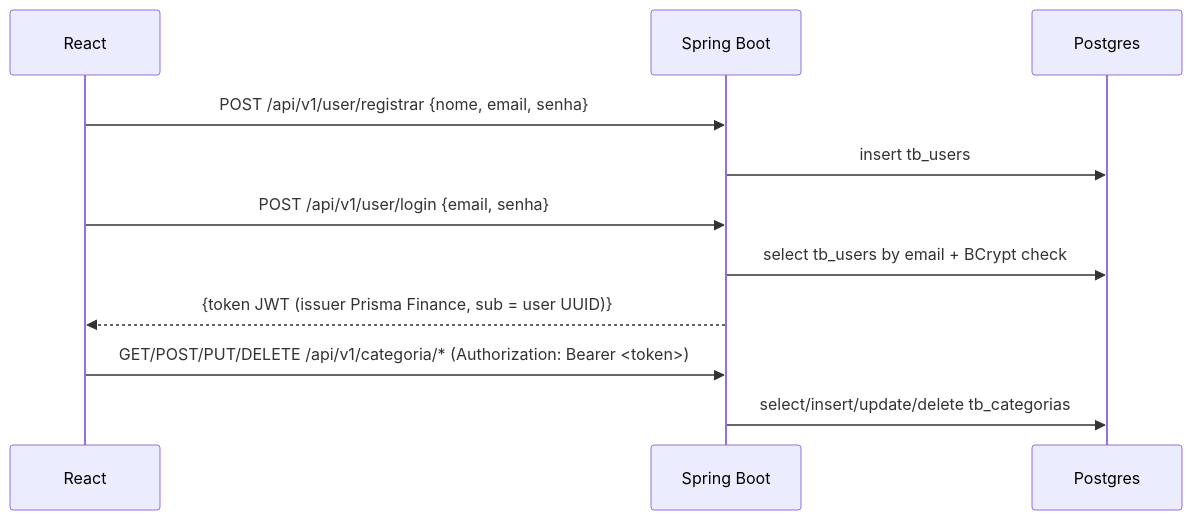
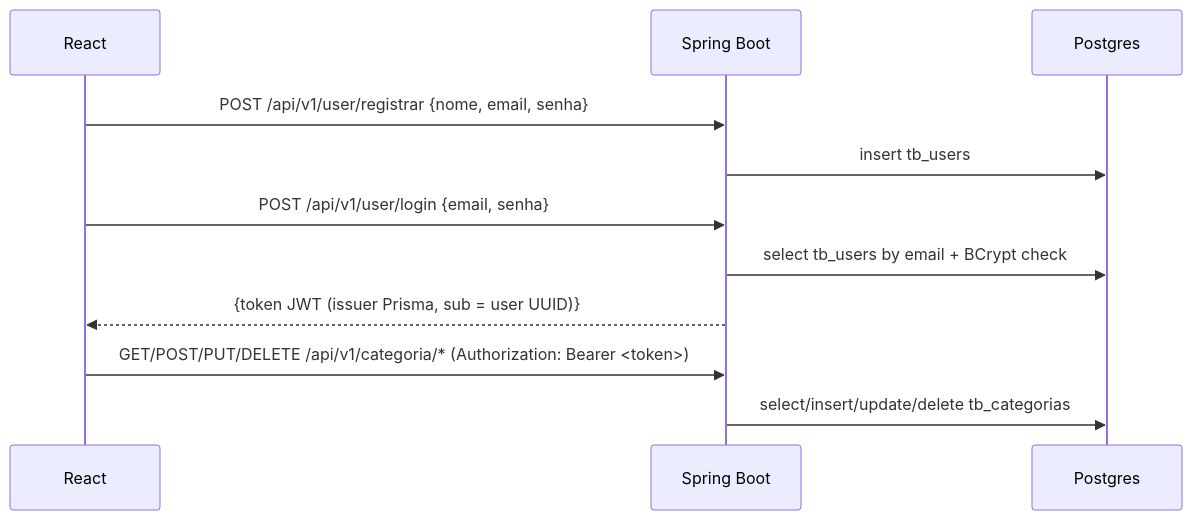
Before and after one commit to Kaueroch/Prisma: the second of 3 diagrams in README.md, drawn with Mermaid. The commit also changed other lines of this file, not shown here.

Commit message:
docs: corrige o issuer do JWT na documentação

````diff
--- a/README.md
+++ b/README.md
@@ -67,13 +67,13 @@
 ```mermaid
 sequenceDiagram
   participant UI as React
   participant API as Spring Boot
   participant DB as Postgres
   UI->>API: POST /api/v1/user/registrar {nome, email, senha}
   API->>DB: insert tb_users
   UI->>API: POST /api/v1/user/login {email, senha}
   API->>DB: select tb_users by email + BCrypt check
-  API-->>UI: {token JWT (issuer Prisma Finance, sub = user UUID)}
+  API-->>UI: {token JWT (issuer Prisma, sub = user UUID)}
   UI->>API: GET/POST/PUT/DELETE /api/v1/categoria/* (Authorization: Bearer <token>)
   API->>DB: select/insert/update/delete tb_categorias
 ```
````
